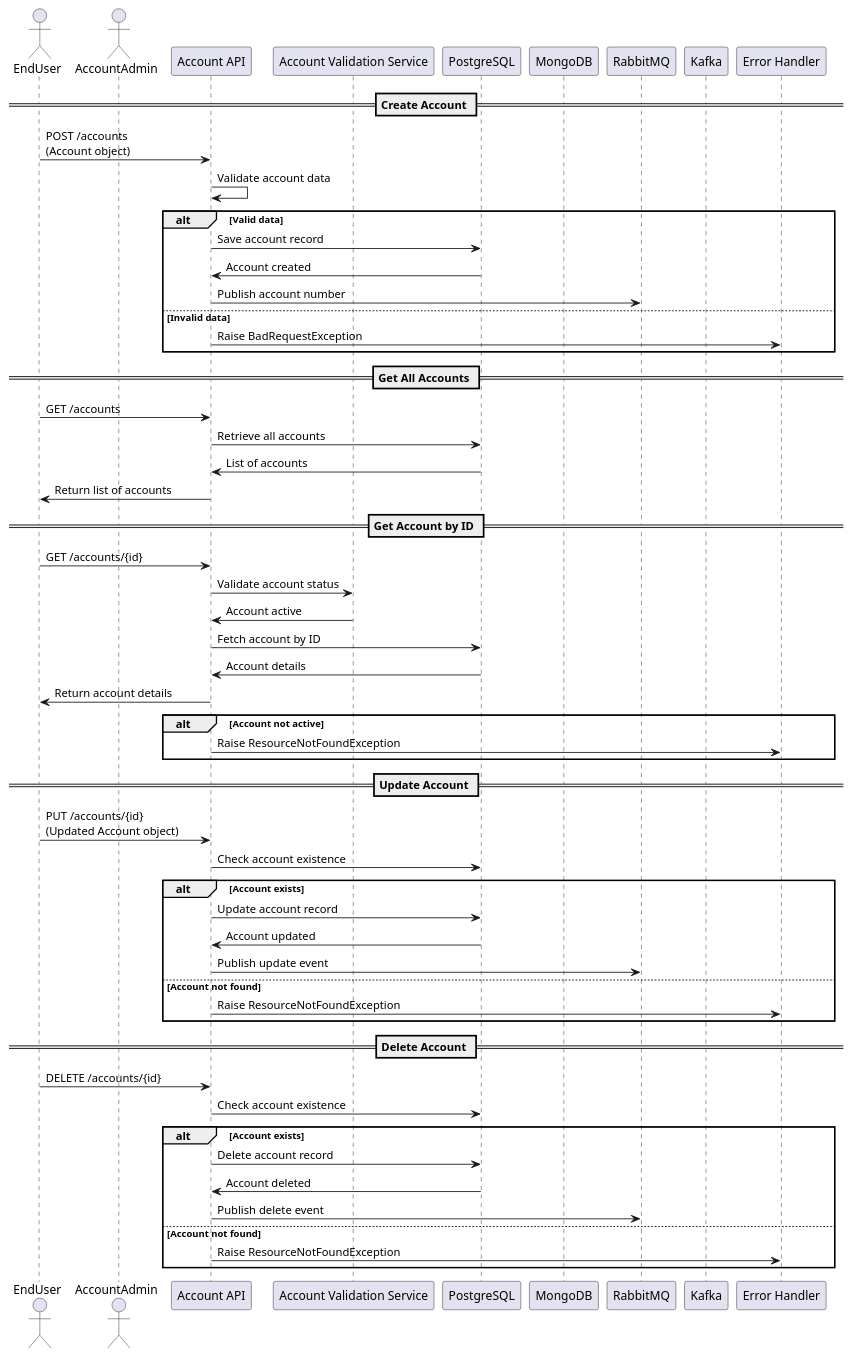
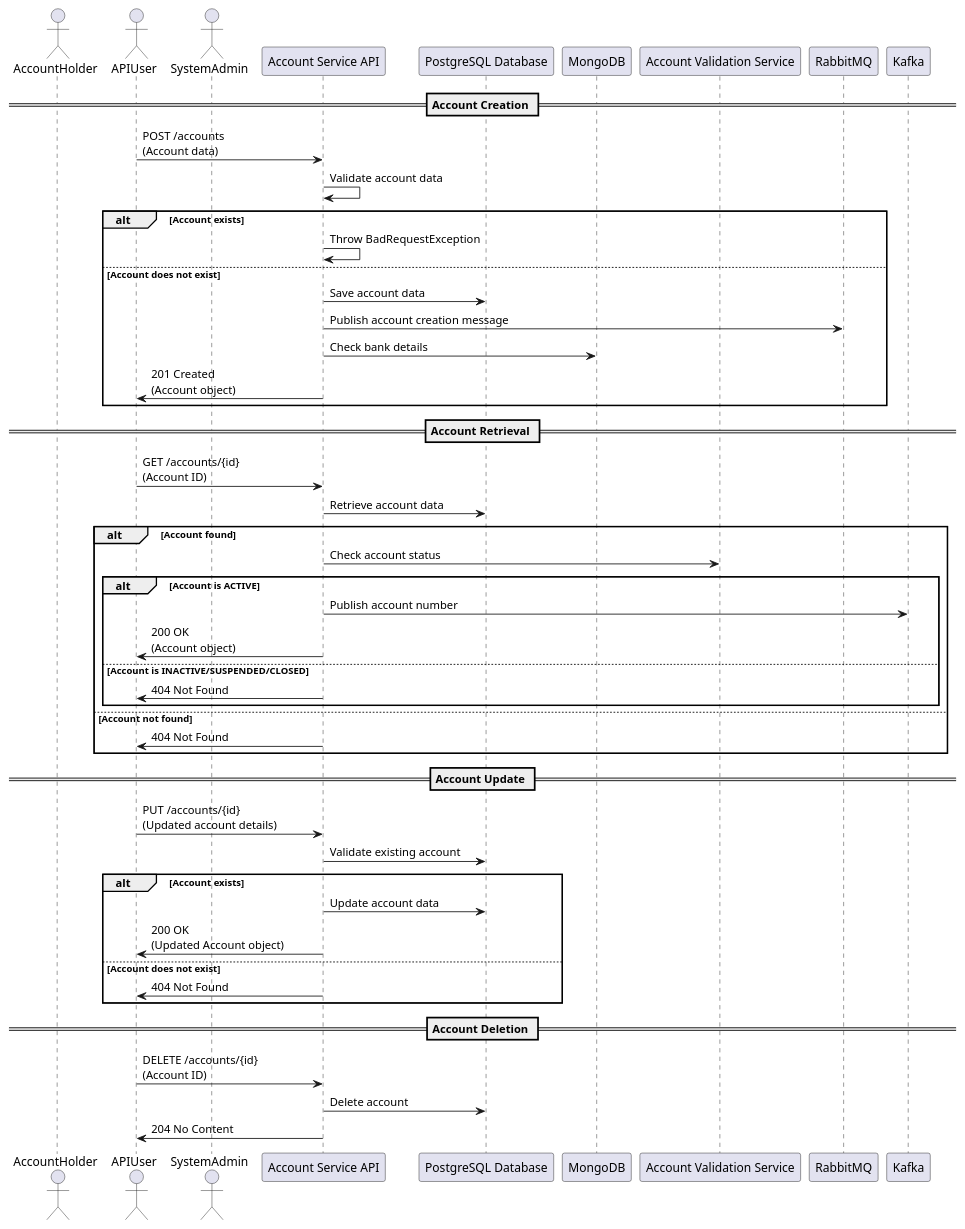
Before and after one commit to Bhaskar-Pavan/AccountService: the diagram in design_document/Account_service.md, drawn with PlantUML. The commit also changed other lines of this file, not shown here.

````diff
--- a/design_document/Account_service.md
+++ b/design_document/Account_service.md
@@ -37,64 +37,56 @@
 ```plantuml
 @startuml
-actor EndUser as User
-actor AccountAdmin as Admin
-participant "Account API" as API
-participant "Account Validation Service" as ValidationService
-participant "PostgreSQL" as PostgreSQL
-participant "MongoDB" as MongoDB
+actor AccountHolder
+actor APIUser
+actor SystemAdmin
+participant "Account Service API" as API
+participant "PostgreSQL Database" as PG
+participant "MongoDB" as Mongo
+participant "Account Validation Service" as ExternalService
 participant "RabbitMQ" as RabbitMQ
 participant "Kafka" as Kafka
-participant "Error Handler" as ErrorHandler
 
-== Create Account ==
-User -> API: POST /accounts\n(Account object)
-API -> API: Validate account data
-alt Valid data
-    API -> PostgreSQL: Save account record
-    PostgreSQL -> API: Account created
-    API -> RabbitMQ: Publish account number
-else Invalid data
-    API -> ErrorHandler: Raise BadRequestException
+== Account Creation ==
+APIUser -> API : POST /accounts\n(Account data)
+API -> API : Validate account data
+alt Account exists
+    API -> API : Throw BadRequestException
+else Account does not exist
+    API -> PG : Save account data
+    API -> RabbitMQ : Publish account creation message
+    API -> Mongo : Check bank details
+    API -> APIUser : 201 Created\n(Account object)
 end
 
-== Get All Accounts ==
-User -> API: GET /accounts
-API -> PostgreSQL: Retrieve all accounts
-PostgreSQL -> API: List of accounts
-API -> User: Return list of accounts
-
-== Get Account by ID ==
-User -> API: GET /accounts/{id}
-API -> ValidationService: Validate account status
-ValidationService -> API: Account active
-API -> PostgreSQL: Fetch account by ID
-PostgreSQL -> API: Account details
-API -> User: Return account details
-alt Account not active
-    API -> ErrorHandler: Raise ResourceNotFoundException
+== Account Retrieval ==
+APIUser -> API : GET /accounts/{id}\n(Account ID)
+API -> PG : Retrieve account data
+alt Account found
+    API -> ExternalService : Check account status
+    alt Account is ACTIVE
+        API -> Kafka : Publish account number
+        API -> APIUser : 200 OK\n(Account object)
+    else Account is INACTIVE/SUSPENDED/CLOSED
+        API -> APIUser : 404 Not Found
+    end
+else Account not found
+    API -> APIUser : 404 Not Found
 end
 
-== Update Account ==
-User -> API: PUT /accounts/{id}\n(Updated Account object)
-API -> PostgreSQL: Check account existence
+== Account Update ==
+APIUser -> API : PUT /accounts/{id}\n(Updated account details)
+API -> PG : Validate existing account
 alt Account exists
-    API -> PostgreSQL: Update account record
-    PostgreSQL -> API: Account updated
-    API -> RabbitMQ: Publish update event
-else Account not found
-    API -> ErrorHandler: Raise ResourceNotFoundException
+    API -> PG : Update account data
+    API -> APIUser : 200 OK\n(Updated Account object)
+else Account does not exist
+    API -> APIUser : 404 Not Found
 end
 
-== Delete Account ==
-User -> API: DELETE /accounts/{id}
-API -> PostgreSQL: Check account existence
-alt Account exists
-    API -> PostgreSQL: Delete account record
-    PostgreSQL -> API: Account deleted
-    API -> RabbitMQ: Publish delete event
-else Account not found
-    API -> ErrorHandler: Raise ResourceNotFoundException
-end
+== Account Deletion ==
+APIUser -> API : DELETE /accounts/{id}\n(Account ID)
+API -> PG : Delete account
+API -> APIUser : 204 No Content
 
 @enduml
 ```
````
